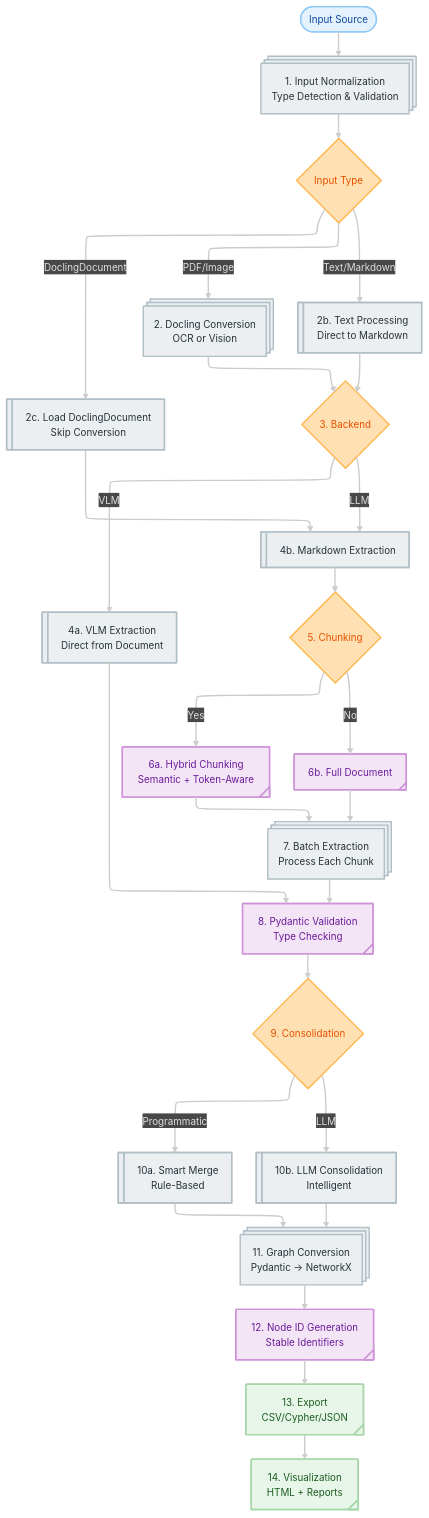
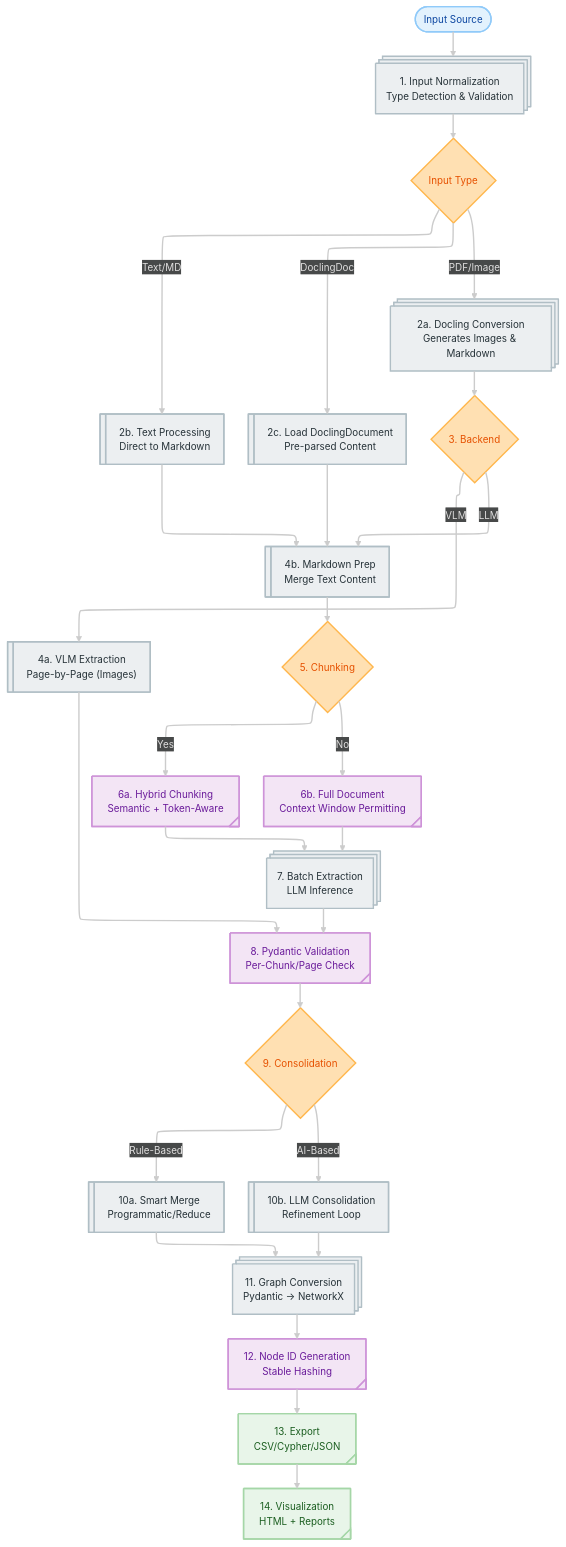
The diagram in docs/assets/flowcharts/pipeline_flow.md (IBM/docling-graph), drawn with Mermaid before and after one commit. The commit also changed 29 other files, not shown here.

```diff
--- a/docs/assets/flowcharts/pipeline_flow.md
+++ b/docs/assets/flowcharts/pipeline_flow.md
@@ -16,30 +16,36 @@
     
     A2{"Input Type"}
     
-    B@{ shape: procs, label: "2. Docling Conversion<br/>OCR or Vision" }
+    %% Ingestion Paths
+    B@{ shape: procs, label: "2a. Docling Conversion<br/>Generates Images & Markdown" }
     B2@{ shape: lin-proc, label: "2b. Text Processing<br/>Direct to Markdown" }
-    B3@{ shape: lin-proc, label: "2c. Load DoclingDocument<br/>Skip Conversion" }
+    B3@{ shape: lin-proc, label: "2c. Load DoclingDocument<br/>Pre-parsed Content" }
     
+    %% Strategy Decision
     C{"3. Backend"}
     
-    D@{ shape: lin-proc, label: "4a. VLM Extraction<br/>Direct from Document" }
-    E@{ shape: lin-proc, label: "4b. Markdown Extraction" }
+    %% Extraction Paths
+    D@{ shape: lin-proc, label: "4a. VLM Extraction<br/>Page-by-Page (Images)" }
+    E@{ shape: lin-proc, label: "4b. Markdown Prep<br/>Merge Text Content" }
     
+    %% Chunking Logic (LLM Path)
     F{"5. Chunking"}
+    G@{ shape: tag-proc, label: "6a. Hybrid Chunking<br/>Semantic + Token-Aware" }
+    H@{ shape: tag-proc, label: "6b. Full Document<br/>Context Window Permitting" }
     
-    G@{ shape: tag-proc, label: "6a. Hybrid Chunking<br/>Semantic + Token-Aware" }
-    H@{ shape: tag-proc, label: "6b. Full Document" }
+    I@{ shape: procs, label: "7. Batch Extraction<br/>LLM Inference" }
     
-    I@{ shape: procs, label: "7. Batch Extraction<br/>Process Each Chunk" }
-    J@{ shape: tag-proc, label: "8. Pydantic Validation<br/>Type Checking" }
+    %% Convergence & Validation
+    J@{ shape: tag-proc, label: "8. Pydantic Validation<br/>Per-Chunk/Page Check" }
     
     K{"9. Consolidation"}
     
-    L@{ shape: lin-proc, label: "10a. Smart Merge<br/>Rule-Based" }
-    M@{ shape: lin-proc, label: "10b. LLM Consolidation<br/>Intelligent" }
+    L@{ shape: lin-proc, label: "10a. Smart Merge<br/>Programmatic/Reduce" }
+    M@{ shape: lin-proc, label: "10b. LLM Consolidation<br/>Refinement Loop" }
     
+    %% Graph & Export
     N@{ shape: procs, label: "11. Graph Conversion<br/>Pydantic → NetworkX" }
-    O@{ shape: tag-proc, label: "12. Node ID Generation<br/>Stable Identifiers" }
+    O@{ shape: tag-proc, label: "12. Node ID Generation<br/>Stable Hashing" }
     
     P@{ shape: tag-proc, label: "13. Export<br/>CSV/Cypher/JSON" }
     Q@{ shape: tag-proc, label: "14. Visualization<br/>HTML + Reports" }
@@ -48,18 +54,20 @@
     A --> A1
     A1 --> A2
     
+    %% Routing Inputs
     A2 -- "PDF/Image" --> B
-    A2 -- "Text/Markdown" --> B2
-    A2 -- "DoclingDocument" --> B3
+    A2 -- "Text/MD" --> B2
+    A2 -- "DoclingDoc" --> B3
     
+    %% Routing to Backend Strategy
     B --> C
-    B2 --> C
+    B2 & B3 --> E
     
-    B3 --> E
-    
+    %% Backend Decisions
     C -- VLM --> D
     C -- LLM --> E
     
+    %% LLM Path: Markdown -> Chunking -> Extraction
     E --> F
     F -- Yes --> G
     F -- No --> H
@@ -67,13 +75,18 @@
     G --> I
     H --> I
     
+    %% VLM Path: Direct to Validation (Skips Chunking)
     D --> J
+    
+    %% LLM Path: Join Validation
     I --> J
+    
+    %% Consolidation
     J --> K
+    K -- "Rule-Based" --> L
+    K -- "AI-Based" --> M
     
-    K -- Programmatic --> L
-    K -- LLM --> M
-    
+    %% Final Stages
     L --> N
     M --> N
     
```
